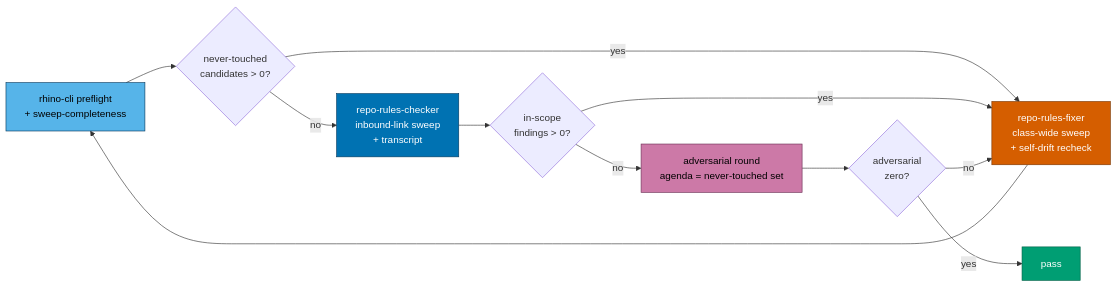
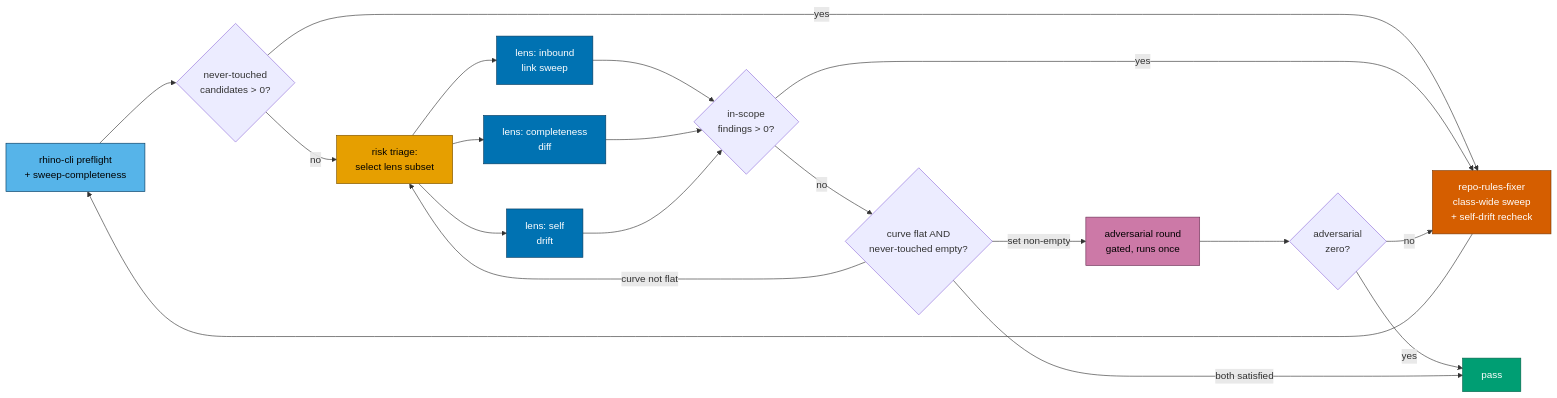
The second of 8 diagrams in plans/backlog/2026-07-20__repo-rules-quality-gate-convergence/tech-docs.md (wahidyankf/baseerah), drawn with Mermaid before and after one commit. The commit also changed other lines of this file and 11 other files, not shown here.

````diff
--- a/plans/backlog/2026-07-20__repo-rules-quality-gate-convergence/tech-docs.md
+++ b/plans/backlog/2026-07-20__repo-rules-quality-gate-convergence/tech-docs.md
@@ -31,20 +31,31 @@
 ```mermaid
 %% Target loop — sweep-completeness gate, transcript, and an adversarial round before pass
 flowchart LR
   P[rhino-cli preflight<br/>+ sweep-completeness] --> Q{never-touched<br/>candidates > 0?}
   Q -- yes --> R[repo-rules-fixer<br/>class-wide sweep<br/>+ self-drift recheck]
   R --> P
-  Q -- no --> S[repo-rules-checker<br/>inbound-link sweep<br/>+ transcript]
-  S --> T{in-scope<br/>findings > 0?}
+  Q -- no --> TR[risk triage:<br/>select lens subset]
+  TR --> S1[lens: inbound<br/>link sweep]
+  TR --> S2[lens: completeness<br/>diff]
+  TR --> S3[lens: self<br/>drift]
+  S1 --> T{in-scope<br/>findings > 0?}
+  S2 --> T
+  S3 --> T
   T -- yes --> R
-  T -- no --> U[adversarial round<br/>agenda = never-touched set]
+  T -- no --> N{curve flat AND<br/>never-touched empty?}
+  N -- curve not flat --> TR
+  N -- set non-empty --> U[adversarial round<br/>gated, runs once]
   U --> V{adversarial<br/>zero?}
   V -- no --> R
   V -- yes --> W[pass]
+  N -- both satisfied --> W
 
   style P fill:#56B4E9,stroke:#04395E,color:#000000
-  style S fill:#0072B2,stroke:#04395E,color:#FFFFFF
+  style TR fill:#E69F00,stroke:#7A5200,color:#000000
+  style S1 fill:#0072B2,stroke:#04395E,color:#FFFFFF
+  style S2 fill:#0072B2,stroke:#04395E,color:#FFFFFF
+  style S3 fill:#0072B2,stroke:#04395E,color:#FFFFFF
   style R fill:#D55E00,stroke:#7A3600,color:#FFFFFF
   style U fill:#CC79A7,stroke:#6B2F55,color:#000000
   style W fill:#009E73,stroke:#006147,color:#FFFFFF
 ```
````
